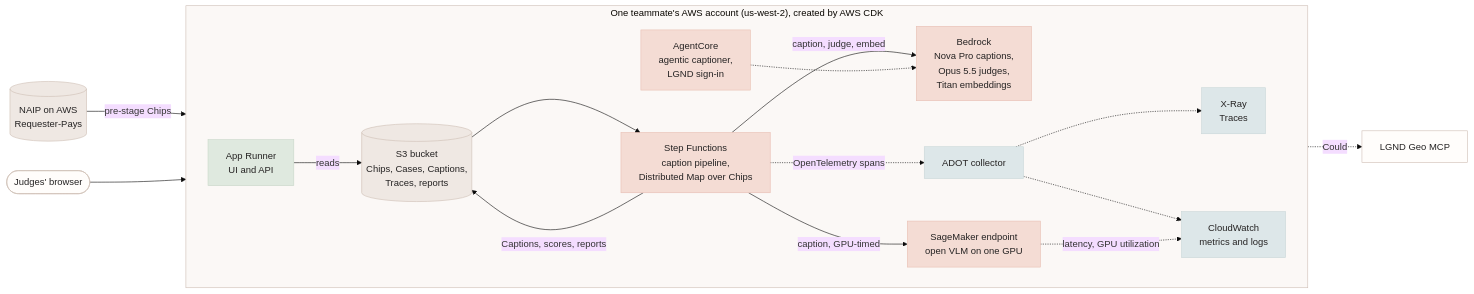
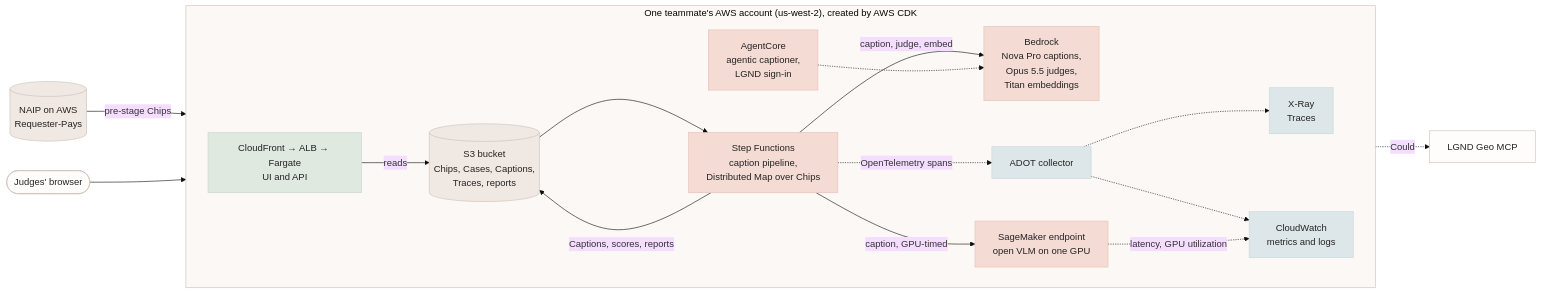
One commit to PlutonicSauce/Clayzer changed the first of 3 diagrams in docs/caption-design.md. Above: the diagram before and after it, drawn with Mermaid (base theme). The commit also changed other lines of this file and 2 other files, not shown here.

````diff
--- a/docs/caption-design.md
+++ b/docs/caption-design.md
@@ -212,44 +212,44 @@
 ```mermaid
 flowchart LR
     subgraph ACCT["One teammate's AWS account (us-west-2), created by AWS CDK"]
         direction LR
         S3[("S3 bucket<br/>Chips, Cases, Captions,<br/>Traces, reports")]
         SF["Step Functions<br/>caption pipeline,<br/>Distributed Map over Chips"]
         BR["Bedrock<br/>Nova Pro captions,<br/>Opus 5.5 judges,<br/>Titan embeddings"]
         SM["SageMaker endpoint<br/>open VLM on one GPU"]
         ADOT["ADOT collector"]
         XR["X-Ray<br/>Traces"]
         CW["CloudWatch<br/>metrics and logs"]
-        AR["App Runner<br/>UI and API"]
+        AR["CloudFront → ALB → Fargate<br/>UI and API"]
         AC["AgentCore<br/>agentic captioner,<br/>LGND sign-in"]
     end
     NAIP[("NAIP on AWS<br/>Requester-Pays")]
     LGND["LGND Geo MCP"]
     JUDGES(["Judges' browser"])
 
     NAIP -->|"pre-stage Chips"| S3
     S3 --> SF
     SF -->|"caption, judge, embed"| BR
     SF -->|"caption, GPU-timed"| SM
     SF -->|"Captions, scores, reports"| S3
     SF -.->|"OpenTelemetry spans"| ADOT
     ADOT -.-> XR
     ADOT -.-> CW
     SM -.->|"latency, GPU utilization"| CW
     AR -->|"reads"| S3
     JUDGES --> AR
     AC -.->|"Could"| LGND
     AC -.-> BR
 
     classDef store fill:#efe8e3,stroke:#cebeb5,color:#252323
     classDef compute fill:#f4dcd4,stroke:#e8beb2,color:#252323
     classDef observe fill:#dde7e9,stroke:#c9d6d8,color:#252323
     classDef serve fill:#dfe9df,stroke:#c9d7c9,color:#252323
     classDef external fill:#fffdfb,stroke:#cebeb5,color:#252323
     class S3,NAIP store
     class SF,BR,SM,AC compute
     class ADOT,XR,CW observe
     class AR serve
     class LGND,JUDGES external
     style ACCT fill:#fbf8f6,stroke:#cebeb5
 ```
````
